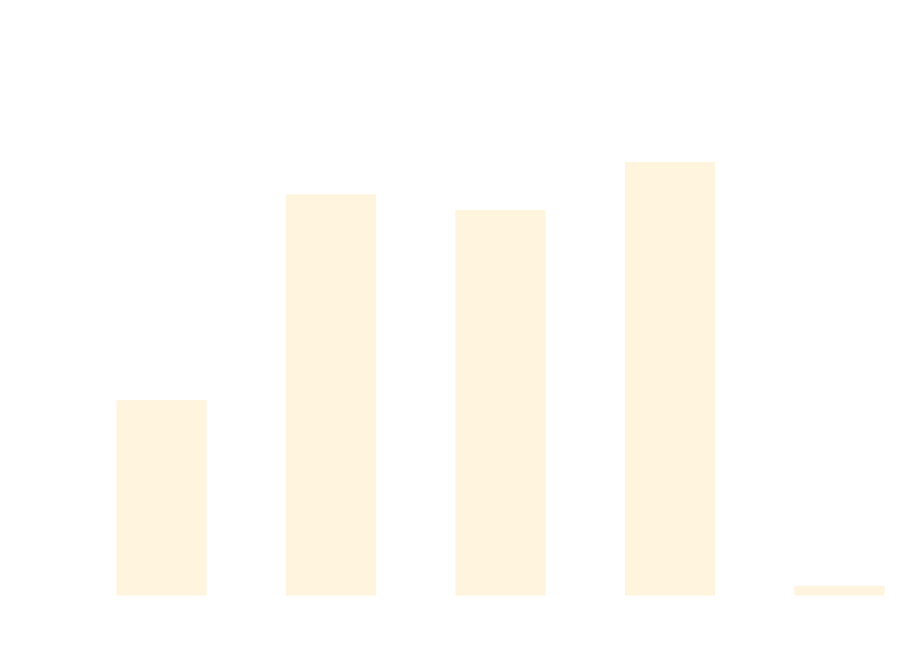
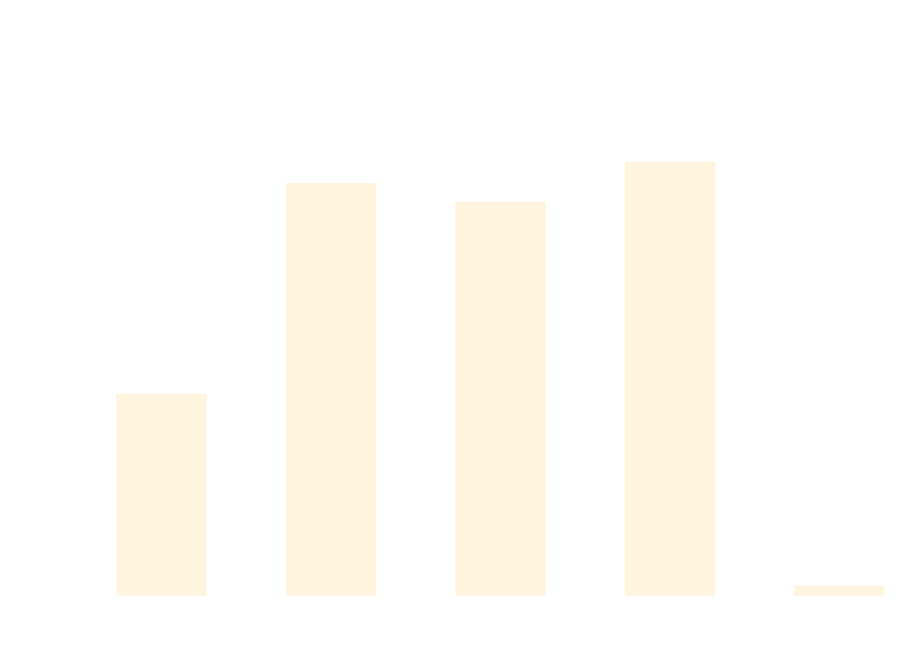
One commit to thomhurst/TUnit changed the diagram in docs/docs/benchmarks/SetupTeardownTests.md. Above: the diagram before and after it, drawn with Mermaid. The commit also changed other lines of this file and 17 other files, not shown here.

````diff
--- a/docs/docs/benchmarks/SetupTeardownTests.md
+++ b/docs/docs/benchmarks/SetupTeardownTests.md
@@ -27,37 +27,37 @@
 ```mermaid
 %%{init: {
   'theme':'base',
   'themeVariables': {
     'primaryColor': '#2563eb',
     'primaryTextColor': '#ffffff',
     'primaryBorderColor': '#1e40af',
     'lineColor': '#6b7280',
     'secondaryColor': '#7c3aed',
     'tertiaryColor': '#dc2626',
     'background': '#ffffff',
     'mainBkg': '#2563eb',
     'secondBkg': '#7c3aed',
     'tertiaryBkg': '#dc2626',
     'clusterBkg': '#f3f4f6',
     'edgeLabelBackground': '#ffffff',
     'tertiaryTextColor': '#1f2937',
     'pie1': '#2563eb',
     'pie2': '#7c3aed',
     'pie3': '#dc2626',
     'pie4': '#f59e0b',
     'pie5': '#10b981',
     'pie6': '#06b6d4',
     'pie7': '#ec4899',
     'pie8': '#6366f1',
     'pie9': '#84cc16',
     'pie10': '#f97316',
     'pie11': '#14b8a6',
     'pie12': '#a855f7'
   }
 }}%%
 xychart-beta
   title "SetupTeardownTests Performance Comparison"
   x-axis ["TUnit", "NUnit", "MSTest", "xUnit3", "TUnit_AOT"]
-  y-axis "Time (ms)" 0 --> 1525
-  bar [556.5, 1172.9, 1126.4, 1270.1, 0]
+  y-axis "Time (ms)" 0 --> 1446
+  bar [545.6, 1144.5, 1090.7, 1205, 0]
 ```
````
